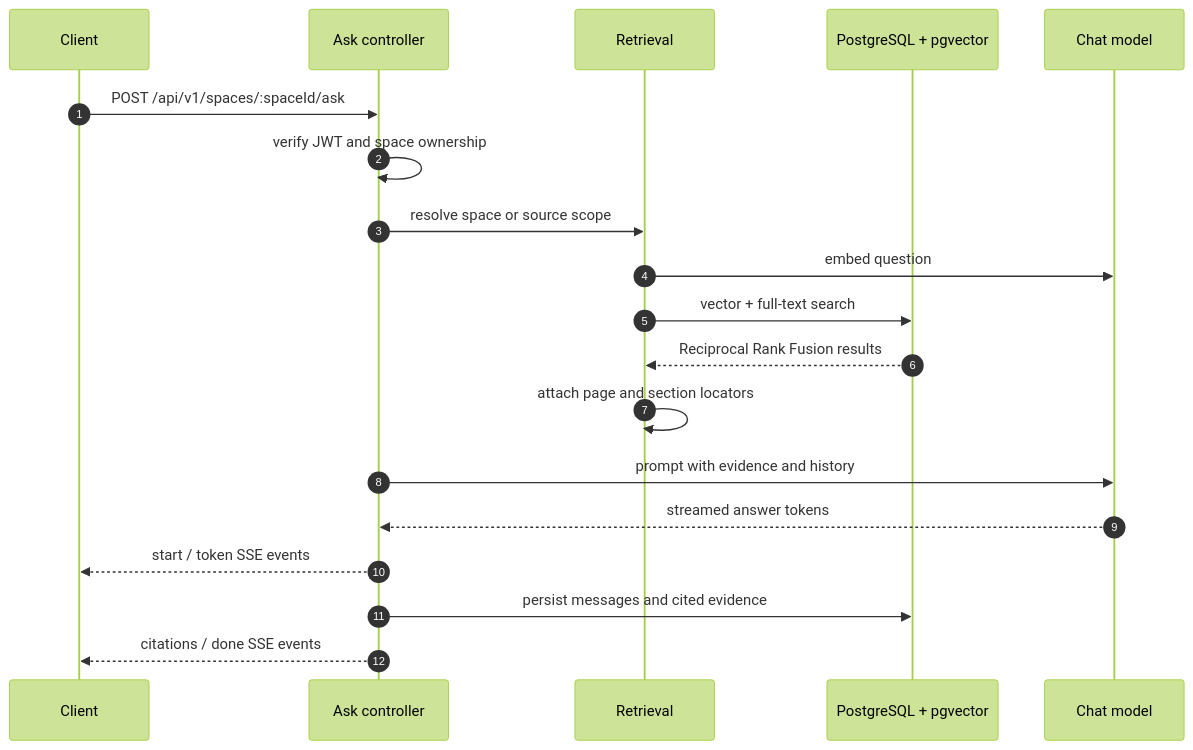
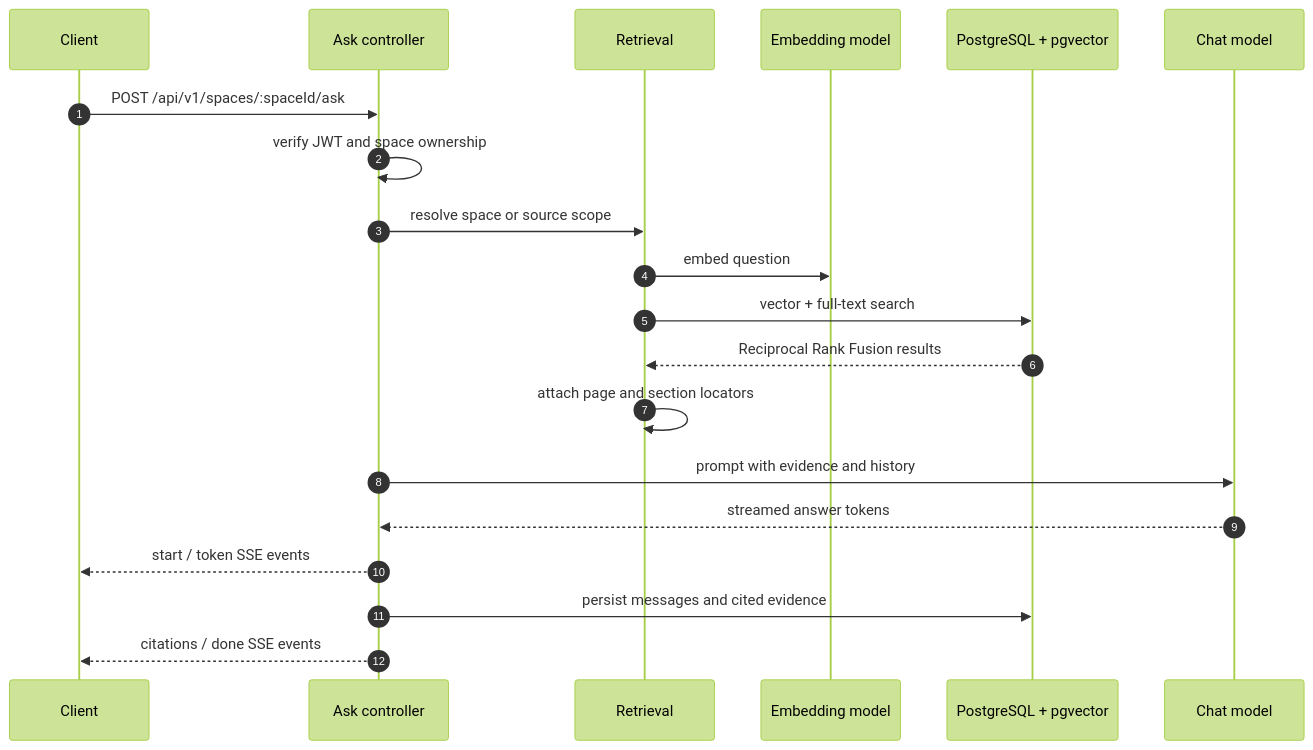
Before and after one commit to nustechnology/Folio-BE: the third of 4 diagrams in README.md, drawn with Mermaid (forest theme). The commit also changed other lines of this file and 2 other files, not shown here.

````diff
--- a/README.md
+++ b/README.md
@@ -439,22 +438,23 @@
 ```mermaid
 sequenceDiagram
   autonumber
   participant Client
   participant API as Ask controller
   participant Retrieval
+  participant Embed as Embedding model
   participant DB as PostgreSQL + pgvector
   participant Model as Chat model
 
   Client->>API: POST /api/v1/spaces/:spaceId/ask
   API->>API: verify JWT and space ownership
   API->>Retrieval: resolve space or source scope
-  Retrieval->>Model: embed question
+  Retrieval->>Embed: embed question
   Retrieval->>DB: vector + full-text search
   DB-->>Retrieval: Reciprocal Rank Fusion results
   Retrieval->>Retrieval: attach page and section locators
   API->>Model: prompt with evidence and history
   Model-->>API: streamed answer tokens
   API-->>Client: start / token SSE events
   API->>DB: persist messages and cited evidence
   API-->>Client: citations / done SSE events
 ```
````
